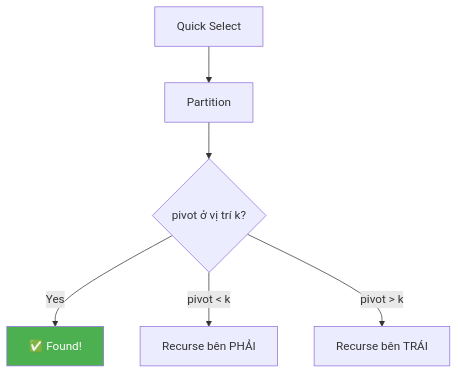
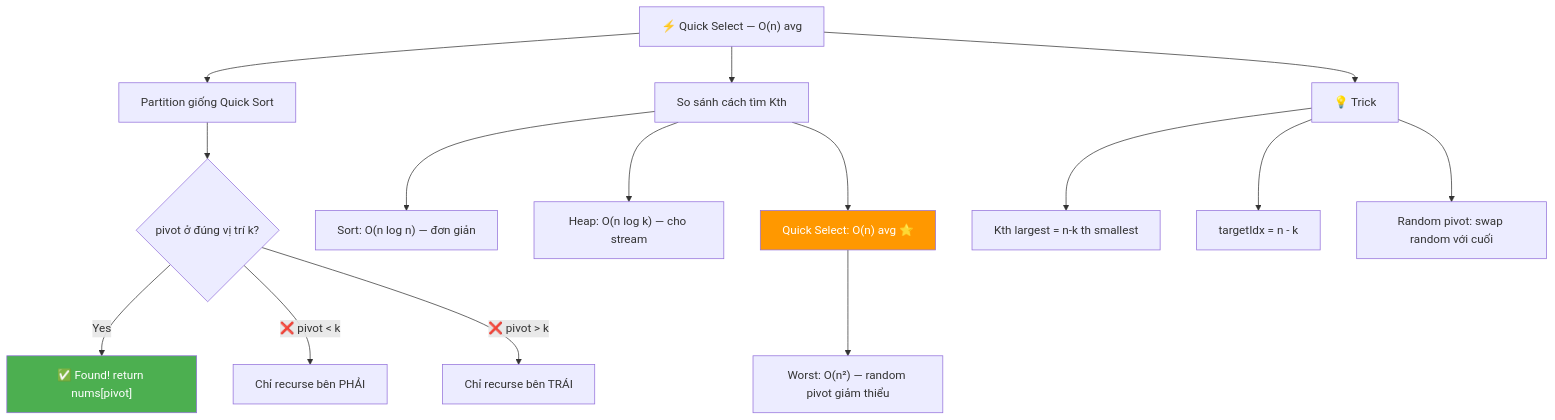
One commit to delta94e/MD-front-end changed diagram 13 of 18 in algo-pratice/array/Array Prerequisites - Kiến Thức Nền Tảng.md. Above: the diagram before and after it, drawn with Mermaid. The commit also changed other lines of this file, not shown here.

````diff
--- a/algo-pratice/array/Array Prerequisites - Kiến Thức Nền Tảng.md
+++ b/algo-pratice/array/Array Prerequisites - Kiến Thức Nền Tảng.md
@@ -3834,10 +3874,22 @@
 ```mermaid
 graph TD
-    A["Quick Select"] --> B["Partition"]
-    B --> C{"pivot ở vị trí k?"}
-    C -->|Yes| D["✅ Found!"]
-    C -->|pivot < k| E["Recurse bên PHẢI"]
-    C -->|pivot > k| F["Recurse bên TRÁI"]
+    A["⚡ Quick Select — O(n) avg"] --> B["Partition giống Quick Sort"]
+    B --> C{"pivot ở đúng vị trí k?"}
+    C -->|"Yes"| D["✅ Found! return nums[pivot]"]
+    C -->|"❌ pivot < k"| E["Chỉ recurse bên PHẢI"]
+    C -->|"❌ pivot > k"| F["Chỉ recurse bên TRÁI"]
+
+    A --> G["So sánh cách tìm Kth"]
+    G --> G1["Sort: O(n log n) — đơn giản"]
+    G --> G2["Heap: O(n log k) — cho stream"]
+    G --> G3["Quick Select: O(n) avg ⭐"]
+    G3 --> G3a["Worst: O(n²) — random pivot giảm thiểu"]
+
+    A --> H["💡 Trick"]
+    H --> H1["Kth largest = n-k th smallest"]
+    H --> H2["targetIdx = n - k"]
+    H --> H3["Random pivot: swap random với cuối"]
 
     style D fill:#4CAF50,color:white
+    style G3 fill:#FF9800,color:white
 ```
````
